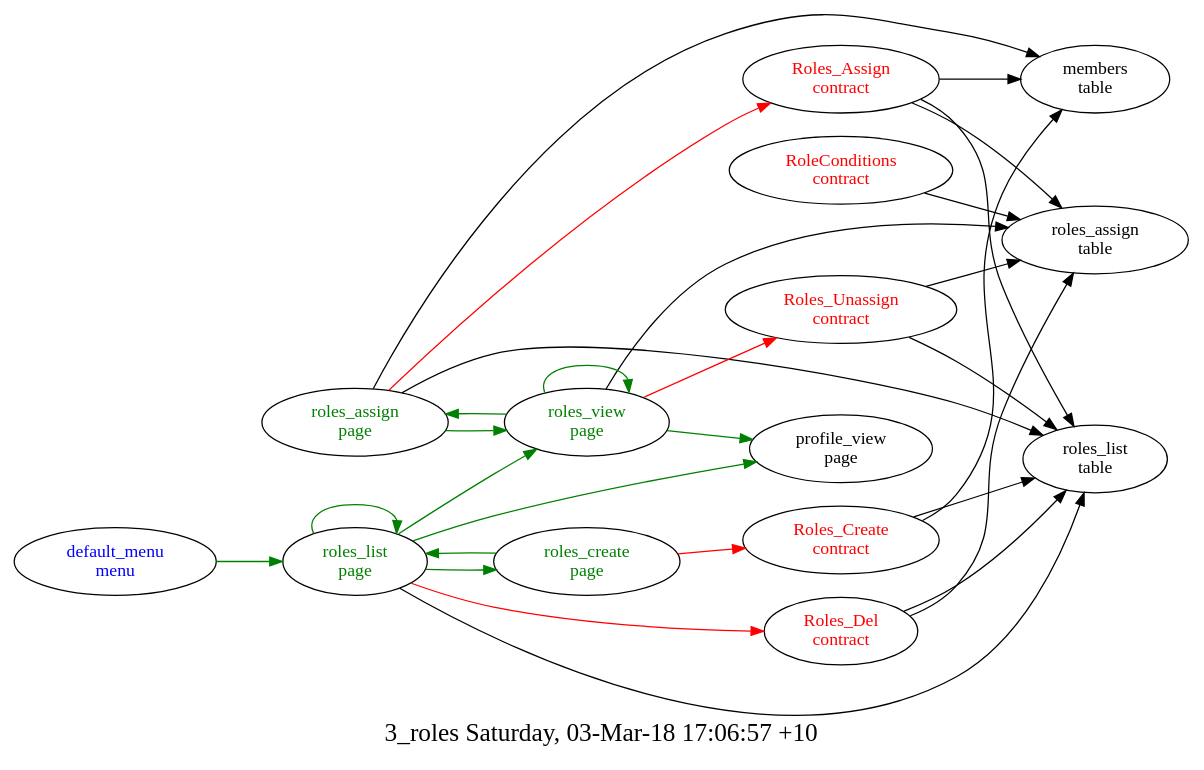
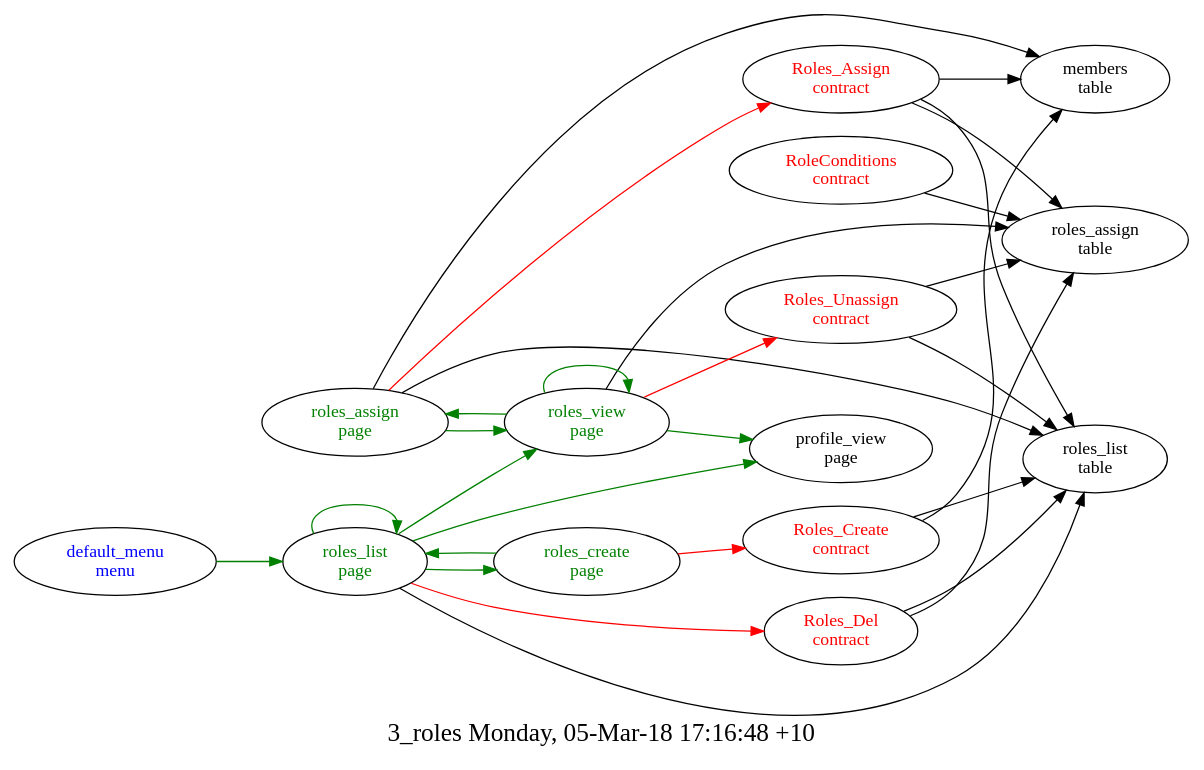
One commit to AplaProject/apps changed the diagram in src/basic/common/3_roles/struct.dot. Above: the diagram before and after it, drawn with Graphviz. The commit also changed 70 other files, not shown here.

```diff
--- a/src/basic/common/3_roles/struct.dot
+++ b/src/basic/common/3_roles/struct.dot
@@ -1,43 +1,43 @@
 digraph G {
 fontsize="20.0";
-label="3_roles Saturday, 03-Mar-18 17:06:57 +10";
+label="3_roles Monday, 05-Mar-18 17:16:48 +10";
 rankdir=LR;
 "RoleConditions\ncontract" -> "roles_assign\ntable"
 "RoleConditions\ncontract" [fontcolor=red, group=contracts];
 "Roles_Assign\ncontract" -> "roles_list\ntable"
 "Roles_Assign\ncontract" -> "members\ntable"
 "Roles_Assign\ncontract" -> "roles_assign\ntable"
 "Roles_Assign\ncontract" [fontcolor=red, group=contracts];
 "Roles_Create\ncontract" -> "members\ntable"
 "Roles_Create\ncontract" -> "roles_list\ntable"
 "Roles_Create\ncontract" [fontcolor=red, group=contracts];
 "Roles_Unassign\ncontract" -> "roles_assign\ntable"
 "Roles_Unassign\ncontract" -> "roles_list\ntable"
 "Roles_Unassign\ncontract" [fontcolor=red, group=contracts];
 "Roles_Del\ncontract" -> "roles_list\ntable"
 "Roles_Del\ncontract" -> "roles_assign\ntable"
 "Roles_Del\ncontract" [fontcolor=red, group=contracts];
 "default_menu\nmenu" -> "roles_list\npage"  [ color=green ]
 "default_menu\nmenu" [fontcolor=blue, group=menus];
 "roles_assign\npage" -> "Roles_Assign\ncontract"  [ color=red ]
 "roles_assign\npage" -> "roles_list\ntable"
 "roles_assign\npage" -> "members\ntable"
 "roles_assign\npage" -> "roles_view\npage"  [ color=green ]
 "roles_assign\npage" [fontcolor=green, group=pages];
 "roles_create\npage" -> "Roles_Create\ncontract"  [ color=red ]
 "roles_create\npage" -> "roles_list\npage"  [ color=green ]
 "roles_create\npage" [fontcolor=green, group=pages];
 "roles_list\npage" -> "Roles_Del\ncontract"  [ color=red ]
 "roles_list\npage" -> "roles_list\ntable"
 "roles_list\npage" -> "profile_view\npage"  [ color=green ]
 "roles_list\npage" -> "roles_view\npage"  [ color=green ]
 "roles_list\npage" -> "roles_list\npage"  [ color=green ]
 "roles_list\npage" -> "roles_create\npage"  [ color=green ]
 "roles_list\npage" [fontcolor=green, group=pages];
 "roles_view\npage" -> "Roles_Unassign\ncontract"  [ color=red ]
 "roles_view\npage" -> "roles_assign\ntable"
 "roles_view\npage" -> "profile_view\npage"  [ color=green ]
 "roles_view\npage" -> "roles_view\npage"  [ color=green ]
 "roles_view\npage" -> "roles_assign\npage"  [ color=green ]
 "roles_view\npage" [fontcolor=green, group=pages];
 }
```
